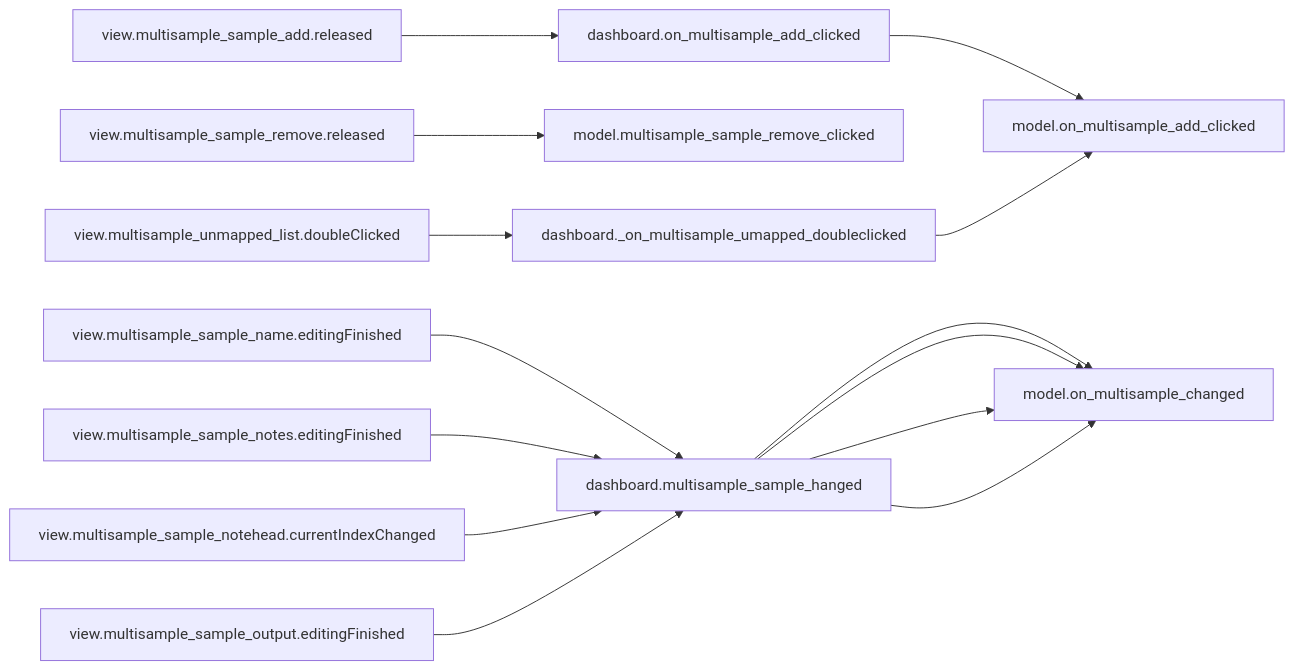
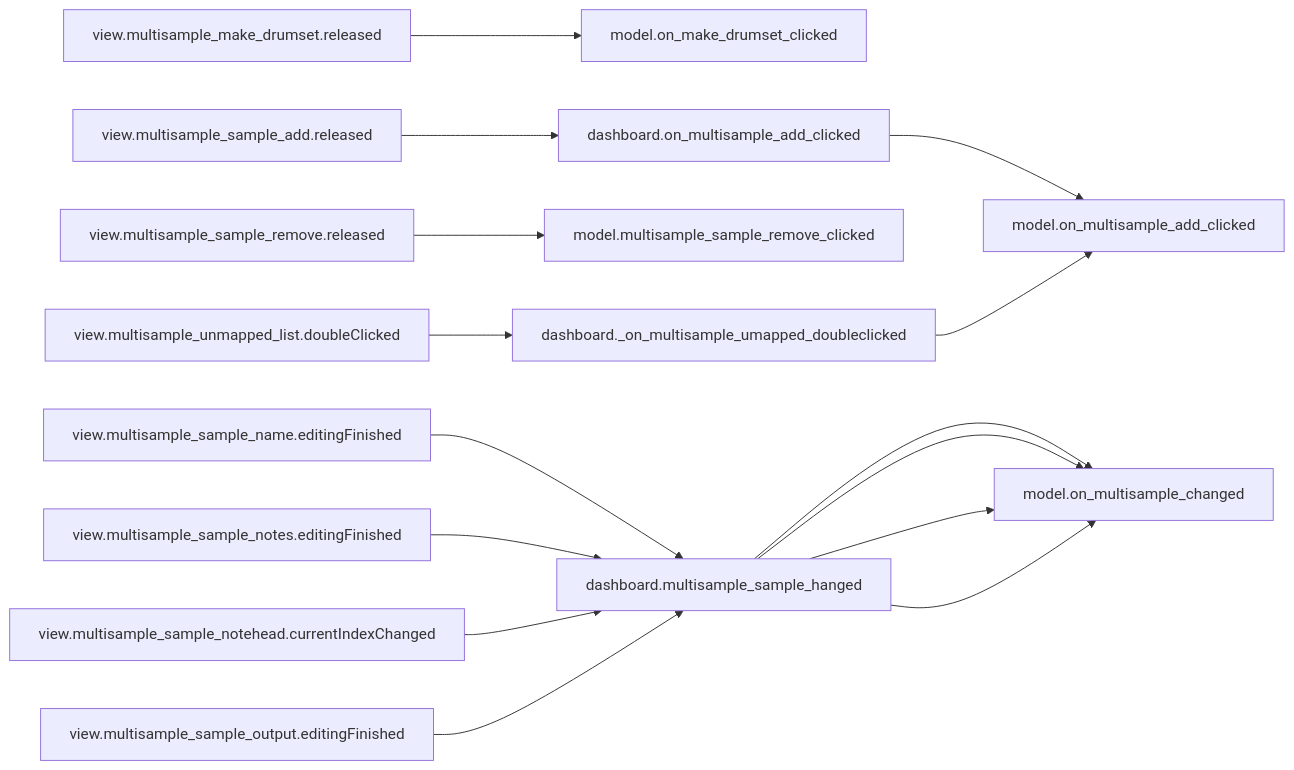
The eighth of 10 diagrams in doc/source/dashboard_signal_slot_map.rst (com-posers-pit/smw_music), drawn with Mermaid before and after one commit. The commit also changed 2 other files, not shown here.

Commit message:
Add CB for "make drumset" button
Now playing:
Uncertain Download by Magnus Pålsson

```diff
--- a/doc/source/dashboard_signal_slot_map.rst
+++ b/doc/source/dashboard_signal_slot_map.rst
@@ -188,10 +188,11 @@
 .. mermaid::
 
    flowchart LR
+      view.multisample_make_drumset.released --> model.on_make_drumset_clicked
       view.multisample_sample_add.released --> dashboard.on_multisample_add_clicked --> model.on_multisample_add_clicked
       view.multisample_sample_remove.released --> model.multisample_sample_remove_clicked
       view.multisample_sample_name.editingFinished --> dashboard.multisample_sample_hanged --> model.on_multisample_changed
       view.multisample_sample_notes.editingFinished --> dashboard.multisample_sample_hanged --> model.on_multisample_changed
       view.multisample_sample_notehead.currentIndexChanged --> dashboard.multisample_sample_hanged --> model.on_multisample_changed
       view.multisample_sample_output.editingFinished --> dashboard.multisample_sample_hanged --> model.on_multisample_changed
       view.multisample_unmapped_list.doubleClicked --> dashboard._on_multisample_umapped_doubleclicked --> model.on_multisample_add_clicked
```
